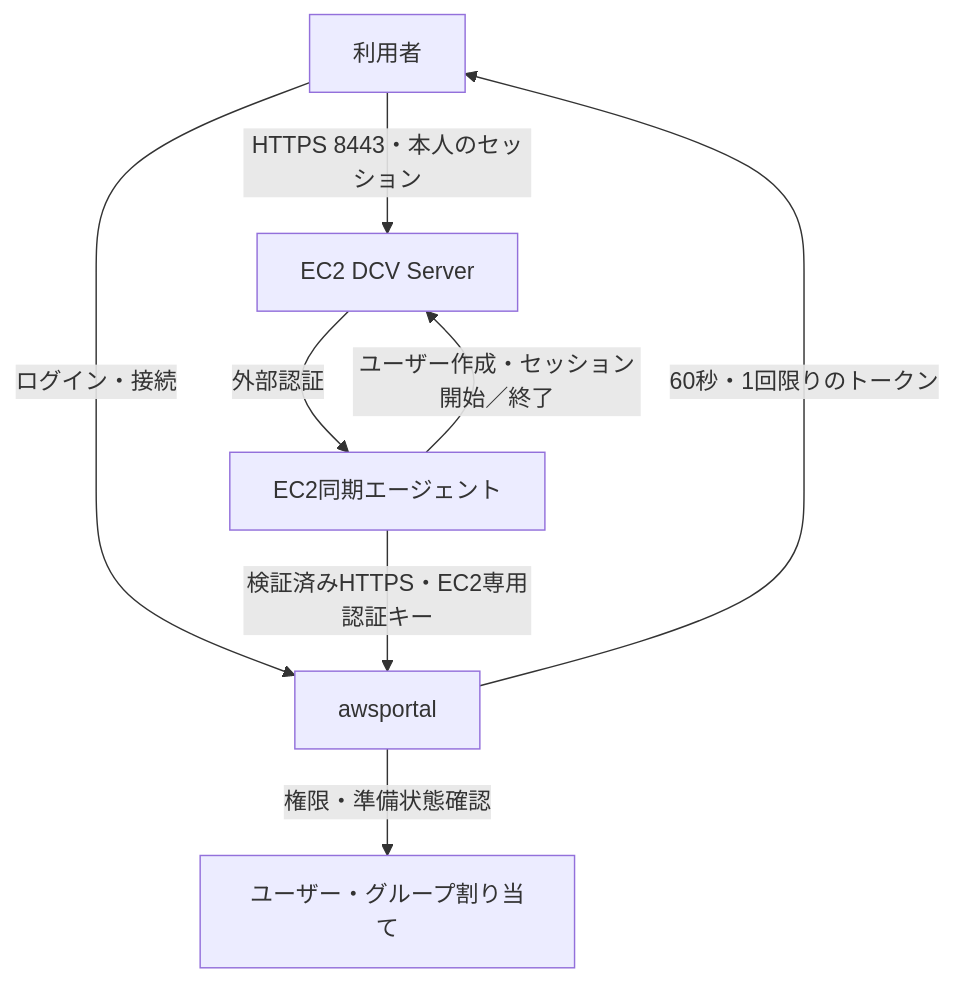
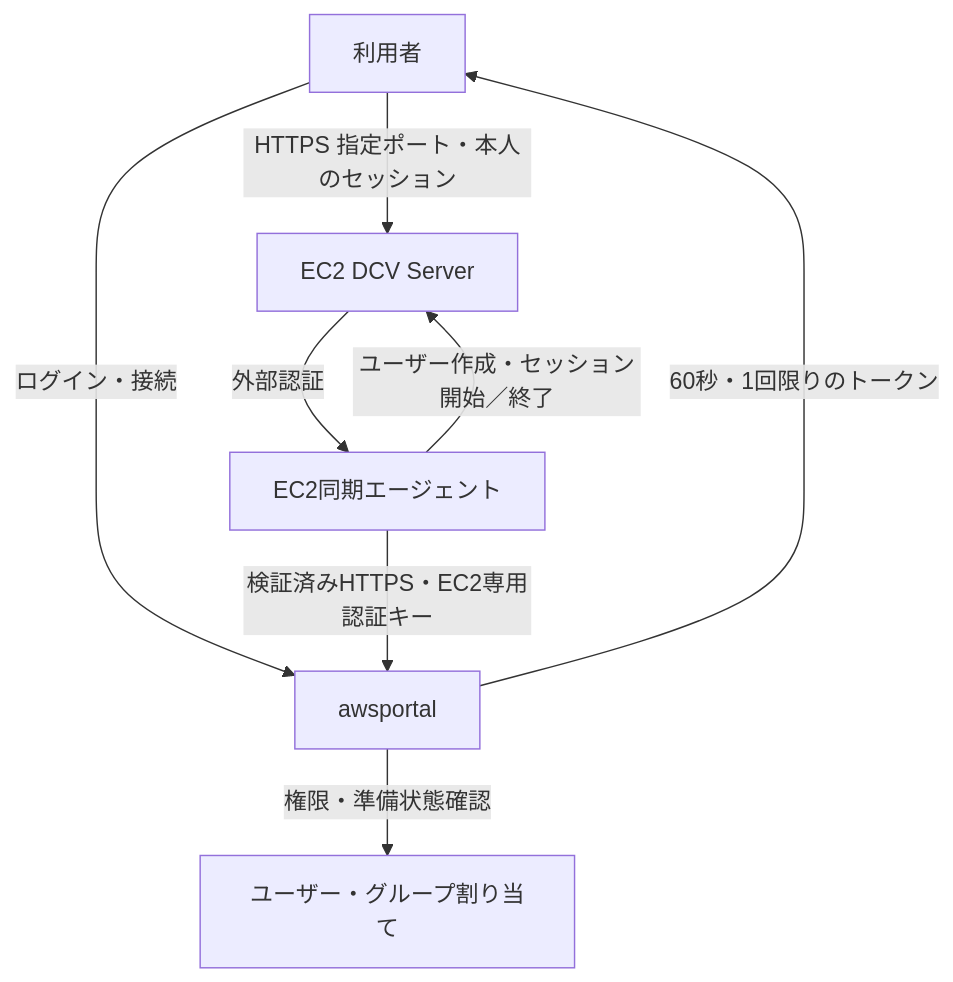
The diagram in docs/operations/dcv.md (sptree-m/awsportal), drawn with Mermaid before and after one commit. The commit also changed other lines of this file and 22 other files, not shown here.

````diff
--- a/docs/operations/dcv.md
+++ b/docs/operations/dcv.md
@@ -7,10 +7,10 @@
 ```mermaid
 flowchart TD
   U[利用者] -->|ログイン・接続| P[awsportal]
   P -->|権限・準備状態確認| D[ユーザー・グループ割り当て]
   P -->|60秒・1回限りのトークン| U
-  U -->|HTTPS 8443・本人のセッション| C[EC2 DCV Server]
+  U -->|HTTPS 指定ポート・本人のセッション| C[EC2 DCV Server]
   C -->|外部認証| A[EC2同期エージェント]
   A -->|検証済みHTTPS・EC2専用認証キー| P
   A -->|ユーザー作成・セッション開始／終了| C
 ```
````
